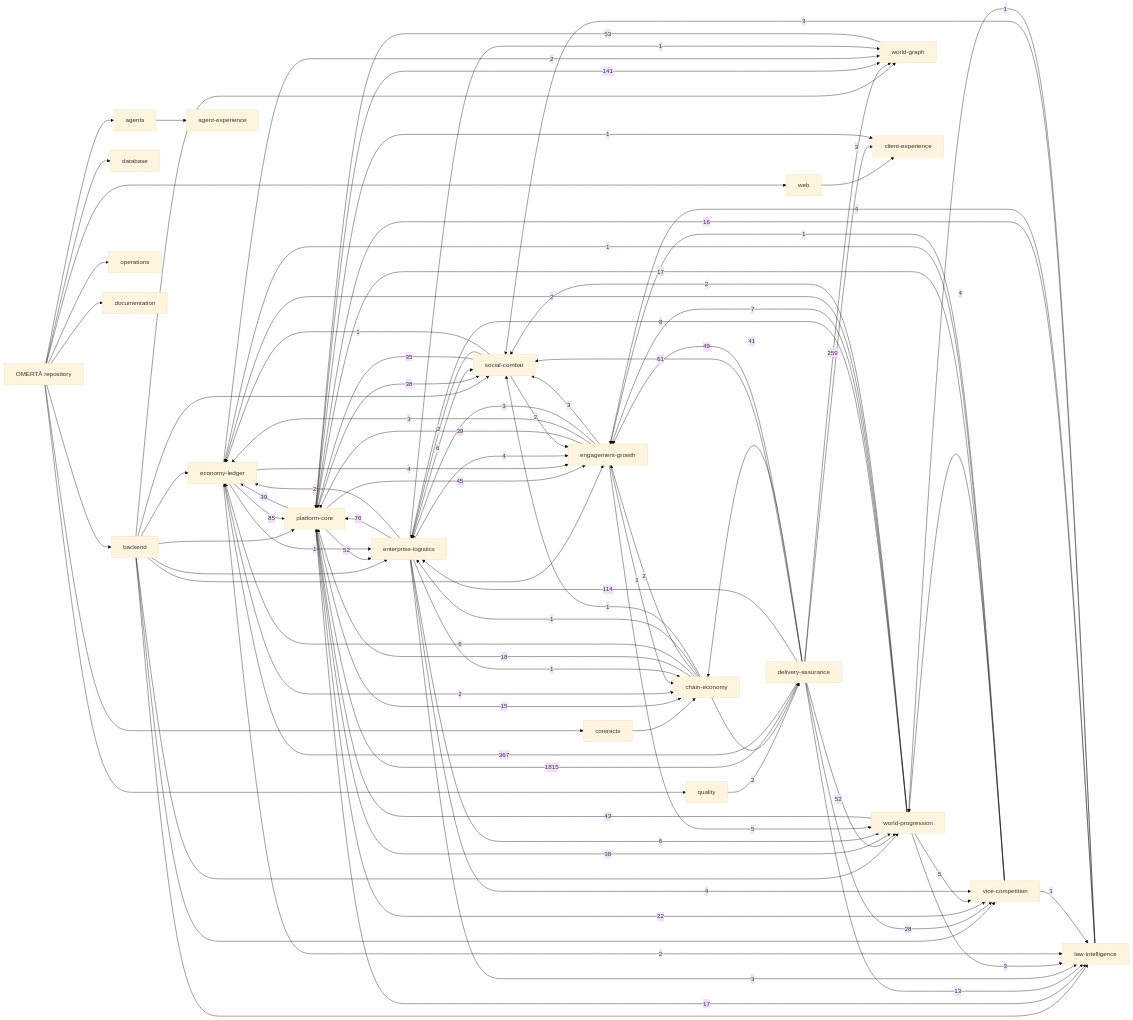
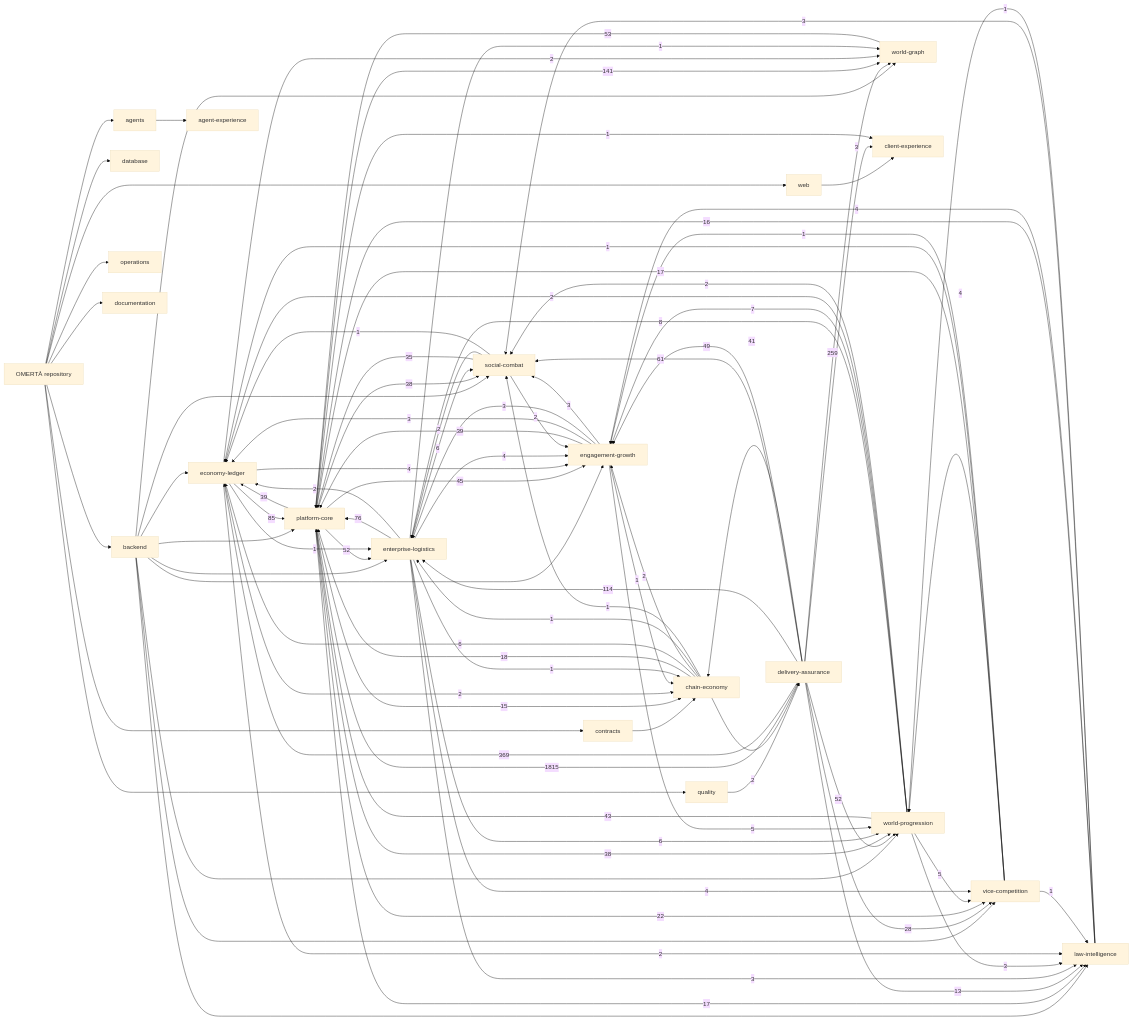
Before and after one commit to OmertaDev/Omerta: the diagram in knowledge/generated/graph.mmd, drawn with Mermaid (base theme). The commit also changed 5 other files, not shown here.

```diff
--- a/knowledge/generated/graph.mmd
+++ b/knowledge/generated/graph.mmd
@@ -1,113 +1,113 @@
 flowchart LR
   repo["OMERTÀ repository"]
   sub_backend["backend"]
   repo --> sub_backend
   sub_database["database"]
   repo --> sub_database
   sub_web["web"]
   repo --> sub_web
   sub_contracts["contracts"]
   repo --> sub_contracts
   sub_agents["agents"]
   repo --> sub_agents
   sub_quality["quality"]
   repo --> sub_quality
   sub_operations["operations"]
   repo --> sub_operations
   sub_documentation["documentation"]
   repo --> sub_documentation
   dom_platform-core["platform-core"]
   dom_economy-ledger["economy-ledger"]
   dom_social-combat["social-combat"]
   dom_world-progression["world-progression"]
   dom_world-graph["world-graph"]
   dom_enterprise-logistics["enterprise-logistics"]
   dom_vice-competition["vice-competition"]
   dom_law-intelligence["law-intelligence"]
   dom_chain-economy["chain-economy"]
   dom_engagement-growth["engagement-growth"]
   dom_client-experience["client-experience"]
   dom_agent-experience["agent-experience"]
   dom_delivery-assurance["delivery-assurance"]
   sub_agents --> dom_agent-experience
   sub_backend --> dom_economy-ledger
   sub_backend --> dom_engagement-growth
   sub_backend --> dom_enterprise-logistics
   sub_backend --> dom_law-intelligence
   sub_backend --> dom_platform-core
   sub_backend --> dom_social-combat
   sub_backend --> dom_vice-competition
   sub_backend --> dom_world-graph
   sub_backend --> dom_world-progression
   sub_contracts --> dom_chain-economy
   sub_quality --> dom_delivery-assurance
   sub_web --> dom_client-experience
   dom_delivery-assurance -->|1815| dom_platform-core
-  dom_delivery-assurance -->|367| dom_economy-ledger
+  dom_delivery-assurance -->|369| dom_economy-ledger
   dom_delivery-assurance -->|259| dom_world-graph
   dom_platform-core -->|141| dom_world-graph
   dom_delivery-assurance -->|114| dom_enterprise-logistics
   dom_economy-ledger -->|85| dom_platform-core
   dom_enterprise-logistics -->|76| dom_platform-core
   dom_delivery-assurance -->|61| dom_social-combat
   dom_world-graph -->|53| dom_platform-core
   dom_delivery-assurance -->|52| dom_world-progression
   dom_platform-core -->|52| dom_enterprise-logistics
   dom_delivery-assurance -->|49| dom_engagement-growth
   dom_platform-core -->|45| dom_engagement-growth
   dom_world-progression -->|43| dom_platform-core
   dom_delivery-assurance -->|41| dom_chain-economy
   dom_engagement-growth -->|39| dom_platform-core
   dom_platform-core -->|39| dom_economy-ledger
   dom_platform-core -->|38| dom_social-combat
   dom_platform-core -->|38| dom_world-progression
   dom_social-combat -->|35| dom_platform-core
   dom_delivery-assurance -->|28| dom_vice-competition
   dom_platform-core -->|22| dom_vice-competition
   dom_chain-economy -->|18| dom_platform-core
   dom_platform-core -->|17| dom_law-intelligence
   dom_vice-competition -->|17| dom_platform-core
   dom_law-intelligence -->|16| dom_platform-core
   dom_platform-core -->|15| dom_chain-economy
   dom_delivery-assurance -->|13| dom_law-intelligence
   dom_world-progression -->|8| dom_enterprise-logistics
   dom_world-progression -->|7| dom_engagement-growth
   dom_chain-economy -->|6| dom_economy-ledger
   dom_enterprise-logistics -->|6| dom_social-combat
   dom_enterprise-logistics -->|6| dom_world-progression
   dom_engagement-growth -->|5| dom_world-progression
   dom_world-progression -->|5| dom_vice-competition
   dom_economy-ledger -->|4| dom_engagement-growth
   dom_enterprise-logistics -->|4| dom_engagement-growth
   dom_enterprise-logistics -->|4| dom_vice-competition
   dom_law-intelligence -->|4| dom_engagement-growth
   dom_vice-competition -->|4| dom_world-progression
   dom_delivery-assurance -->|3| dom_client-experience
   dom_engagement-growth -->|3| dom_economy-ledger
   dom_engagement-growth -->|3| dom_enterprise-logistics
   dom_engagement-growth -->|3| dom_social-combat
   dom_enterprise-logistics -->|3| dom_law-intelligence
   dom_law-intelligence -->|3| dom_social-combat
   dom_world-progression -->|3| dom_law-intelligence
   dom_chain-economy -->|2| dom_delivery-assurance
   dom_chain-economy -->|2| dom_engagement-growth
   dom_economy-ledger -->|2| dom_chain-economy
   dom_economy-ledger -->|2| dom_law-intelligence
   dom_economy-ledger -->|2| dom_world-graph
   dom_enterprise-logistics -->|2| dom_economy-ledger
   dom_social-combat -->|2| dom_engagement-growth
   dom_social-combat -->|2| dom_enterprise-logistics
   dom_world-progression -->|2| dom_economy-ledger
   dom_world-progression -->|2| dom_social-combat
   dom_chain-economy -->|1| dom_enterprise-logistics
   dom_chain-economy -->|1| dom_social-combat
   dom_economy-ledger -->|1| dom_enterprise-logistics
   dom_engagement-growth -->|1| dom_chain-economy
   dom_enterprise-logistics -->|1| dom_chain-economy
   dom_enterprise-logistics -->|1| dom_world-graph
   dom_law-intelligence -->|1| dom_world-progression
   dom_platform-core -->|1| dom_client-experience
   dom_social-combat -->|1| dom_economy-ledger
   dom_vice-competition -->|1| dom_economy-ledger
   dom_vice-competition -->|1| dom_engagement-growth
   dom_vice-competition -->|1| dom_law-intelligence
```
